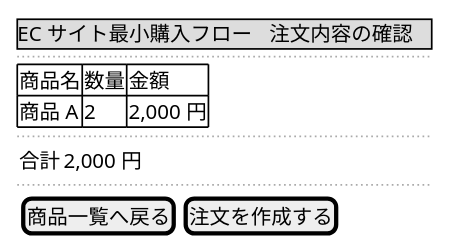
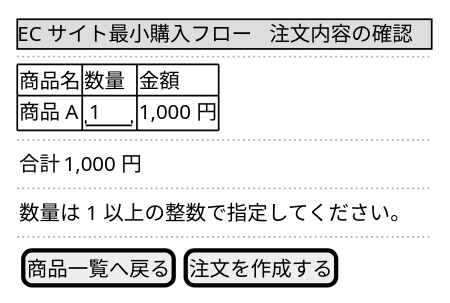
One commit to amadeus-dlc/amadeus changed the third of 4 diagrams in examples/02-inception-completed/aidlc/spaces/default/intents/260703-minimum-purchase-flow/inception/refined-mockups/mockups.md. Above: the diagram before and after it, drawn with PlantUML. The commit also changed other lines of this file and 160 other files, not shown here.

````diff
--- a/examples/02-inception-completed/aidlc/spaces/default/intents/260703-minimum-purchase-flow/inception/refined-mockups/mockups.md
+++ b/examples/02-inception-completed/aidlc/spaces/default/intents/260703-minimum-purchase-flow/inception/refined-mockups/mockups.md
@@ -55,16 +53,18 @@
 ```plantuml
 @startsalt
 {
   {* EC サイト最小購入フロー | 注文内容の確認 }
   ..
   {#
     商品名 | 数量 | 金額
-    商品 A | 2 | 2,000 円
+    商品 A | "1  " | 1,000 円
   }
   ..
-  { 合計 | 2,000 円 }
+  { 合計 | 1,000 円 }
+  ..
+  { 数量は 1 以上の整数で指定してください。 }
   ..
   { [ 商品一覧へ戻る ] | [ 注文を作成する ] }
 }
 @endsalt
 ```
````
